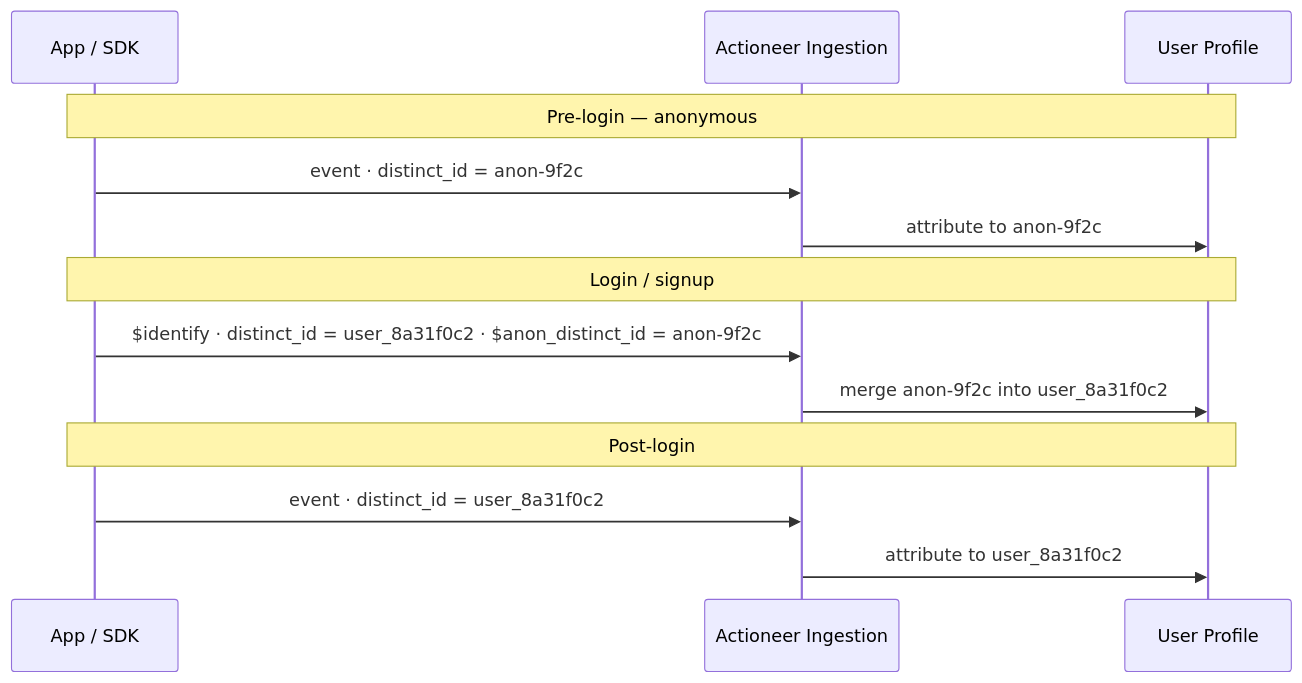
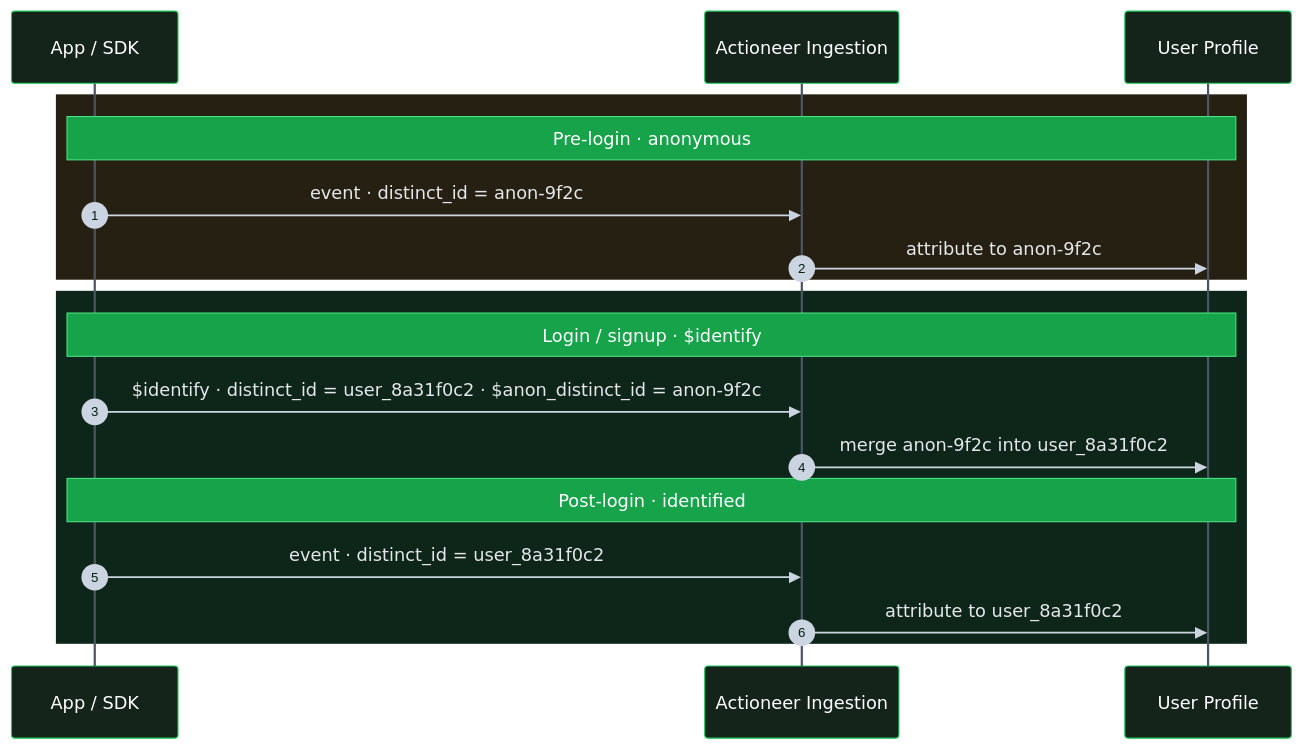
One commit to Glitchcraft-Inc/mintlify-docs changed the diagram in ingestion/identity.mdx. Above: the diagram before and after it, drawn with Mermaid.

Commit message:
Style identity-merge diagram in Actioneer brand colors
Add Mermaid theme overrides (green actors/notes), autonumbered steps, and
phase bands — amber for anonymous, green once identified — to encode the
merge visually.

````diff
--- a/ingestion/identity.mdx
+++ b/ingestion/identity.mdx
@@ -21,18 +21,23 @@
 ```mermaid
+%%{init: {'theme':'base','themeVariables':{'actorBkg':'#14241b','actorBorder':'#22C55E','actorTextColor':'#ffffff','actorLineColor':'#4b5563','signalColor':'#cbd5e1','signalTextColor':'#e5e7eb','noteBkgColor':'#16A34A','noteTextColor':'#ffffff','noteBorderColor':'#4ADE80','sequenceNumberColor':'#06210f','lineColor':'#4ADE80'}}}%%
 sequenceDiagram
+    autonumber
     participant App as App / SDK
     participant API as Actioneer Ingestion
     participant Profile as User Profile
 
-    Note over App,Profile: Pre-login — anonymous
+    rect rgb(38, 32, 18)
+    Note over App,Profile: Pre-login · anonymous
     App->>API: event · distinct_id = anon-9f2c
     API->>Profile: attribute to anon-9f2c
+    end
 
-    Note over App,Profile: Login / signup
+    rect rgb(13, 38, 25)
+    Note over App,Profile: Login / signup · $identify
     App->>API: $identify · distinct_id = user_8a31f0c2 · $anon_distinct_id = anon-9f2c
     API->>Profile: merge anon-9f2c into user_8a31f0c2
-
-    Note over App,Profile: Post-login
+    Note over App,Profile: Post-login · identified
     App->>API: event · distinct_id = user_8a31f0c2
     API->>Profile: attribute to user_8a31f0c2
+    end
 ```
````
